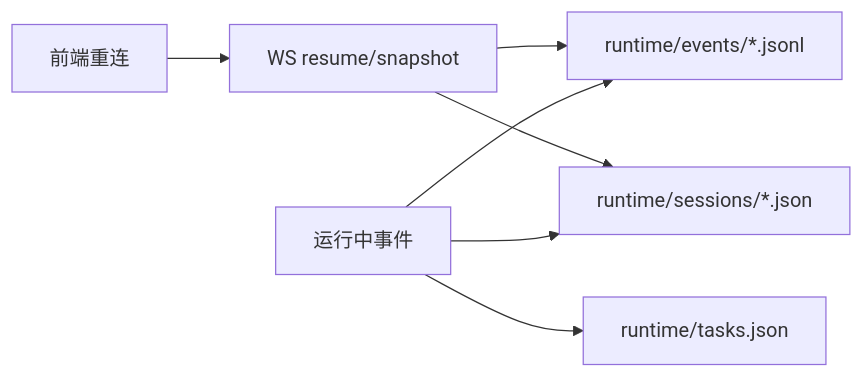
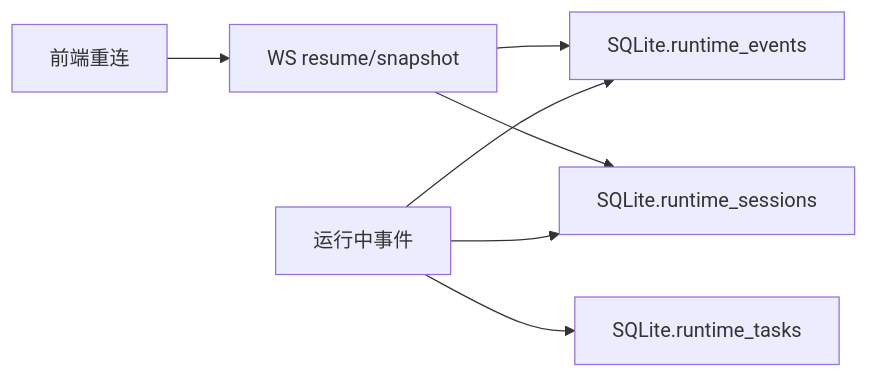
One commit to neochen1991/multi-agent-cli changed diagram 20 of 25 in docs/wiki/code-wiki.md. Above: the diagram before and after it, drawn with Mermaid. The commit also changed other lines of this file and 61 other files, not shown here.

````diff
--- a/docs/wiki/code-wiki.md
+++ b/docs/wiki/code-wiki.md
@@ -910,9 +913,9 @@
 ```mermaid
 flowchart LR
-    A["运行中事件"] --> B["runtime/events/*.jsonl"]
-    A --> C["runtime/sessions/*.json"]
-    A --> D["runtime/tasks.json"]
+    A["运行中事件"] --> B["SQLite.runtime_events"]
+    A --> C["SQLite.runtime_sessions"]
+    A --> D["SQLite.runtime_tasks"]
     E["前端重连"] --> F["WS resume/snapshot"]
     F --> C
     F --> B
 ```
````
